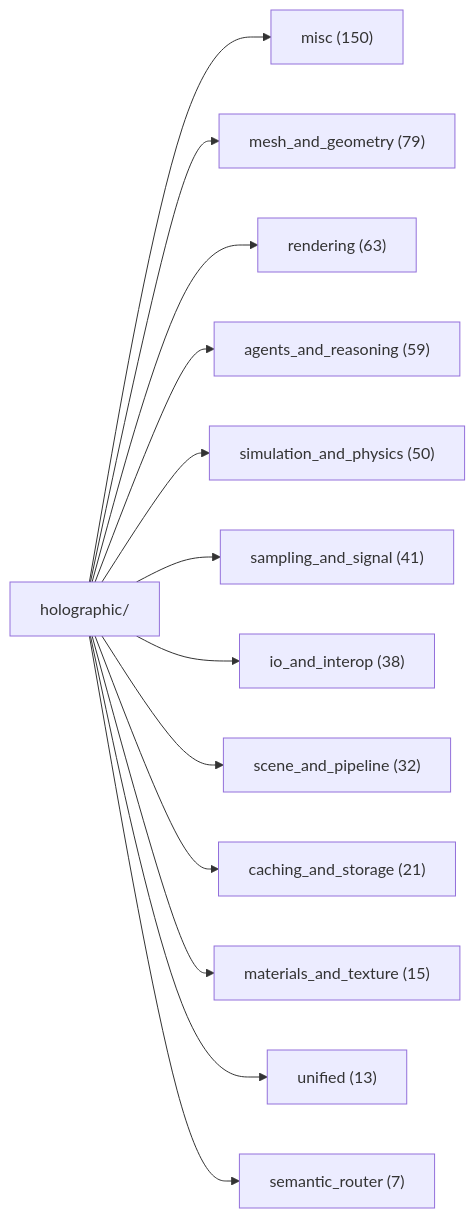
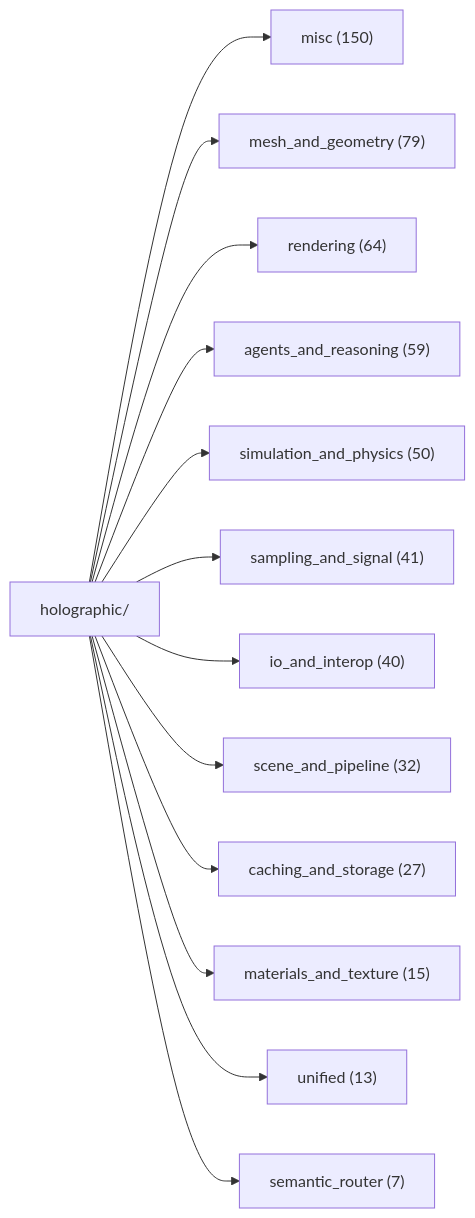
Before and after one commit to AnOversizedMooseWithSocks/leCore: the first of 2 diagrams in docs/DOC_MAP.md, drawn with Mermaid. The commit also changed other lines of this file and 46 other files, not shown here.

````diff
--- a/docs/DOC_MAP.md
+++ b/docs/DOC_MAP.md
@@ -35,16 +35,16 @@
 ```mermaid
 graph LR
     H[holographic/]
     H --> misc["misc (150)"]
     H --> mesh["mesh_and_geometry (79)"]
-    H --> rend["rendering (63)"]
+    H --> rend["rendering (64)"]
     H --> agen["agents_and_reasoning (59)"]
     H --> simu["simulation_and_physics (50)"]
     H --> samp["sampling_and_signal (41)"]
-    H --> io_a["io_and_interop (38)"]
+    H --> io_a["io_and_interop (40)"]
     H --> scen["scene_and_pipeline (32)"]
-    H --> cach["caching_and_storage (21)"]
+    H --> cach["caching_and_storage (27)"]
     H --> mate["materials_and_texture (15)"]
     H --> unif["unified (13)"]
     H --> sema["semantic_router (7)"]
 ```
````
